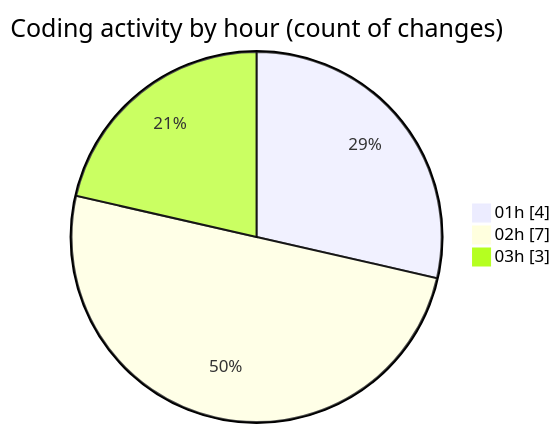
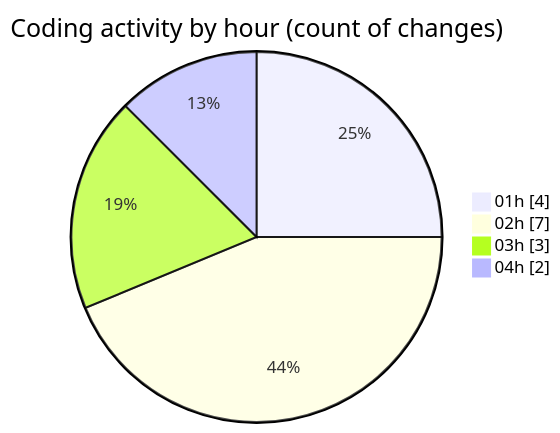
The second of 2 diagrams in 2025-07-15/telebot/README.md (jrari/code-tracking), drawn with Mermaid before and after one commit. The commit also changed other lines of this file and 1 other file, not shown here.

````diff
--- a/2025-07-15/telebot/README.md
+++ b/2025-07-15/telebot/README.md
@@ -31,7 +32,8 @@
 ```mermaid
 pie showData
 title Coding activity by hour (count of changes)
 "01h" : 4
 "02h" : 7
 "03h" : 3
+"04h" : 2
 ```
````
